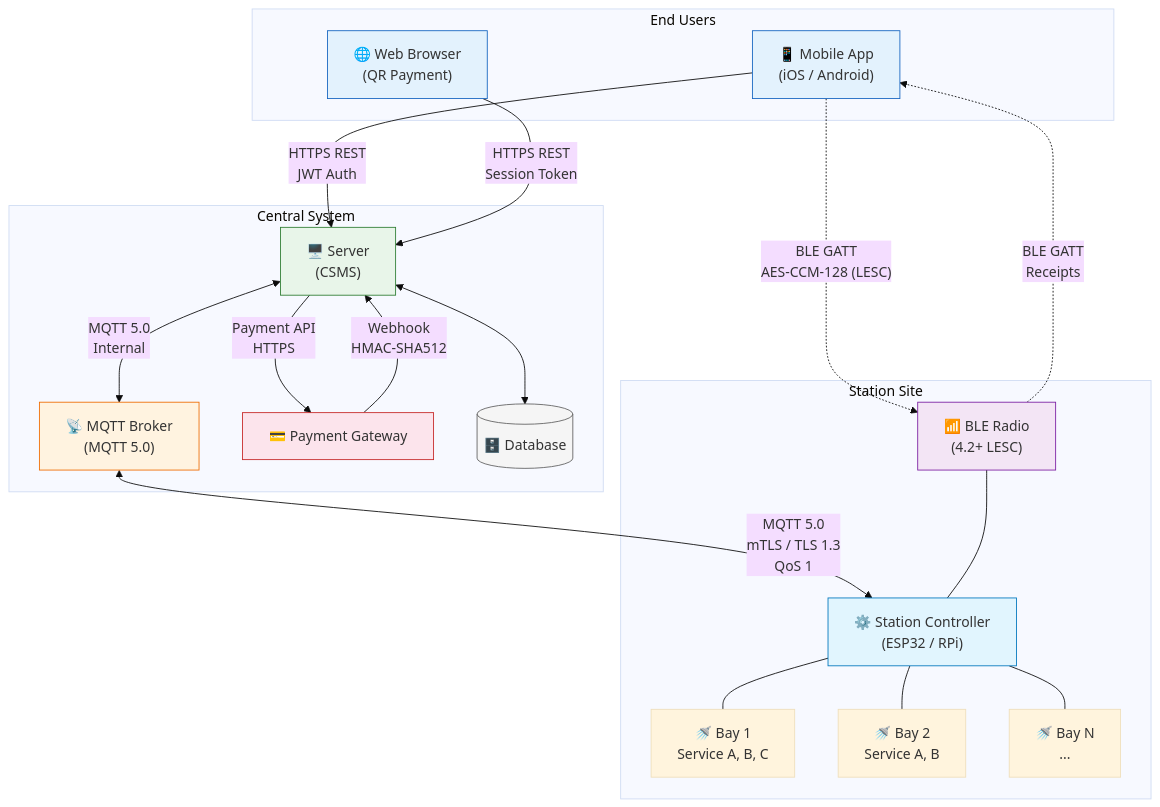
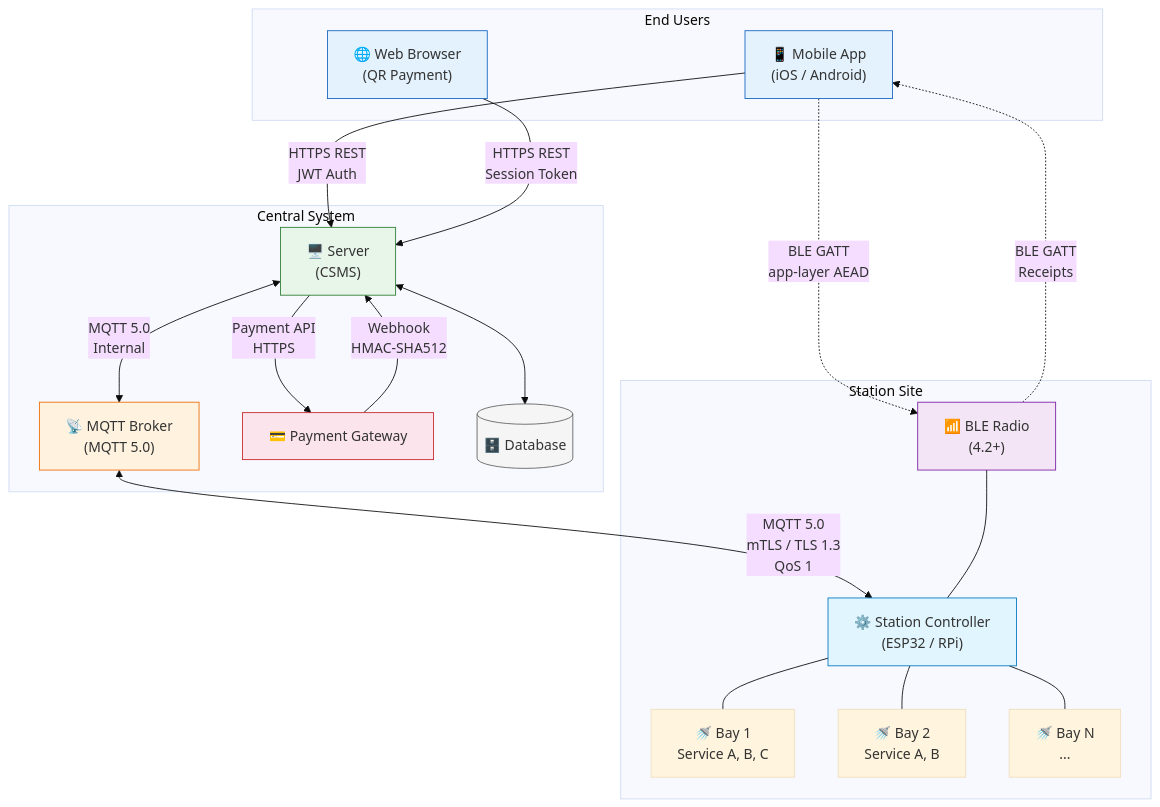
One commit to ospp-org/spec changed the first of 6 diagrams in diagrams/README.md. Above: the diagram before and after it, drawn with Mermaid (base theme). The commit also changed 1 other file, not shown here.

Commit message:
docs(ble): drop AES-CCM-128/LESC-as-premise from README + diagrams mermaid (S1)
The top-level architecture diagrams labelled the BLE channel 'AES-CCM-128
(LESC)'. Under D1 the channel security is application-layer AEAD
(ChaCha20-Poly1305) and pairing/LESC is optional; relabel the GATT edge to
'app-layer AEAD' and the radio node to '(4.2+)'. Cosmetic (mermaid labels),
removes a visible contradiction with §6.4/§6.5.

````diff
--- a/diagrams/README.md
+++ b/diagrams/README.md
@@ -15,45 +15,45 @@
 ```mermaid
 graph TB
     subgraph "End Users"
         APP["📱 Mobile App<br/>(iOS / Android)"]
         WEB["🌐 Web Browser<br/>(QR Payment)"]
     end
 
     subgraph "Central System"
         SERVER["🖥️ Server<br/>(CSMS)"]
         BROKER["📡 MQTT Broker<br/>(MQTT 5.0)"]
         PG["💳 Payment Gateway"]
         DB[("🗄️ Database")]
     end
 
     subgraph "Station Site"
         CTRL["⚙️ Station Controller<br/>(ESP32 / RPi)"]
-        BLE["📶 BLE Radio<br/>(4.2+ LESC)"]
+        BLE["📶 BLE Radio<br/>(4.2+)"]
         BAY1["🚿 Bay 1<br/>Service A, B, C"]
         BAY2["🚿 Bay 2<br/>Service A, B"]
         BAYН["🚿 Bay N<br/>..."]
     end
 
     APP -->|"HTTPS REST<br/>JWT Auth"| SERVER
     WEB -->|"HTTPS REST<br/>Session Token"| SERVER
     SERVER <-->|"MQTT 5.0<br/>Internal"| BROKER
     BROKER <-->|"MQTT 5.0<br/>mTLS / TLS 1.3<br/>QoS 1"| CTRL
     PG -->|"Webhook<br/>HMAC-SHA512"| SERVER
     SERVER -->|"Payment API<br/>HTTPS"| PG
     SERVER <--> DB
-    APP -. "BLE GATT<br/>AES-CCM-128 (LESC)" .-> BLE
+    APP -. "BLE GATT<br/>app-layer AEAD" .-> BLE
     BLE -. "BLE GATT<br/>Receipts" .-> APP
     BLE --- CTRL
     CTRL --- BAY1
     CTRL --- BAY2
     CTRL --- BAYН
 
     style SERVER fill:#e8f5e9,stroke:#2e7d32
     style BROKER fill:#fff3e0,stroke:#ef6c00
     style CTRL fill:#e1f5fe,stroke:#0277bd
     style BLE fill:#f3e5f5,stroke:#7b1fa2
     style PG fill:#fce4ec,stroke:#c62828
     style DB fill:#f5f5f5,stroke:#616161
     style APP fill:#e3f2fd,stroke:#1565c0
     style WEB fill:#e3f2fd,stroke:#1565c0
 ```
````
